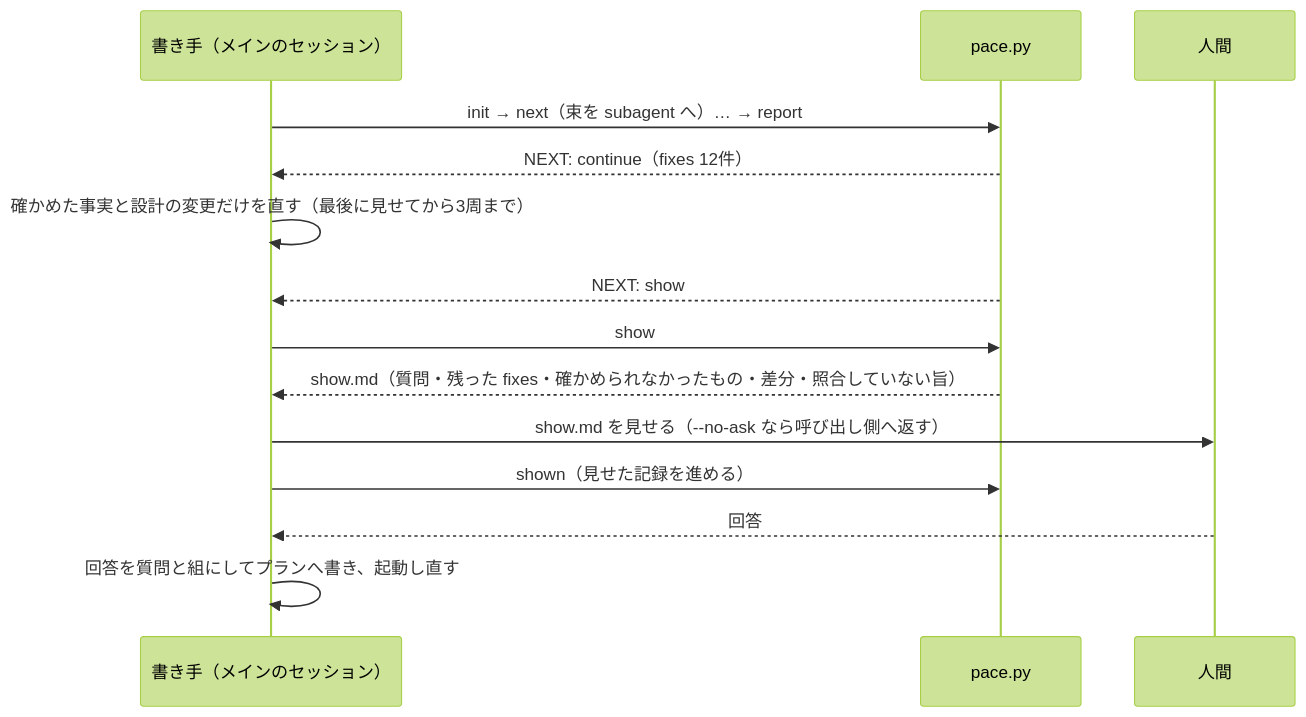
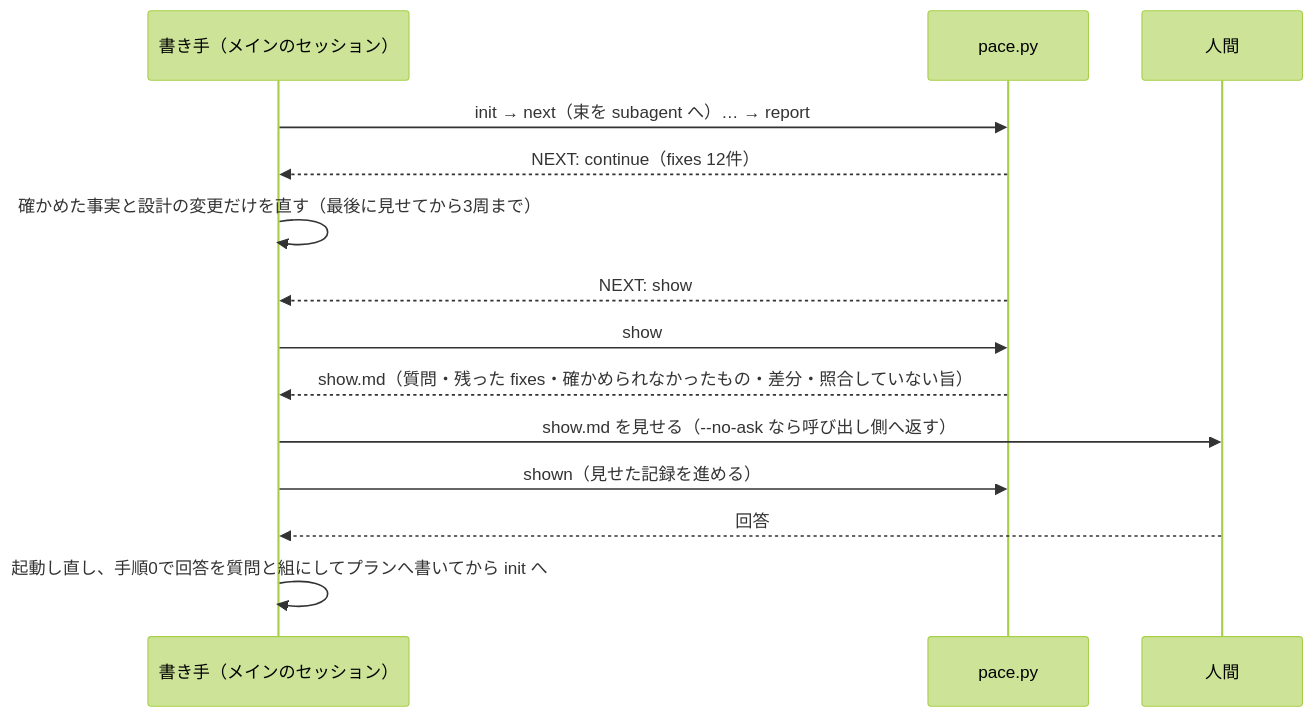
One commit to maimuzo/pace changed the diagram in docs/plans/pace_design_slim.md. Above: the diagram before and after it, drawn with Mermaid (forest theme). The commit also changed other lines of this file and 4 other files, not shown here.

````diff
--- a/docs/plans/pace_design_slim.md
+++ b/docs/plans/pace_design_slim.md
@@ -24,16 +24,16 @@
 ```mermaid
 sequenceDiagram
     participant M as 書き手（メインのセッション）
     participant S as pace.py
     participant H as 人間
     M->>S: init → next（束を subagent へ）… → report
     S-->>M: NEXT: continue（fixes 12件）
     M->>M: 確かめた事実と設計の変更だけを直す（最後に見せてから3周まで）
     S-->>M: NEXT: show
     M->>S: show
     S-->>M: show.md（質問・残った fixes・確かめられなかったもの・差分・照合していない旨）
     M->>H: show.md を見せる（--no-ask なら呼び出し側へ返す）
     M->>S: shown（見せた記録を進める）
     H-->>M: 回答
-    M->>M: 回答を質問と組にしてプランへ書き、起動し直す
+    M->>M: 起動し直し、手順0で回答を質問と組にしてプランへ書いてから init へ
 ```
````
